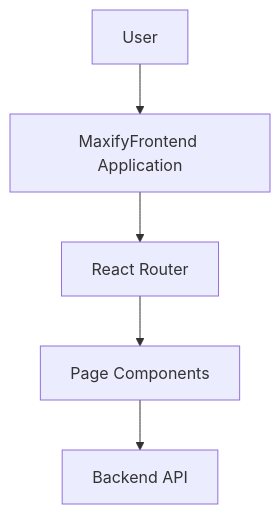
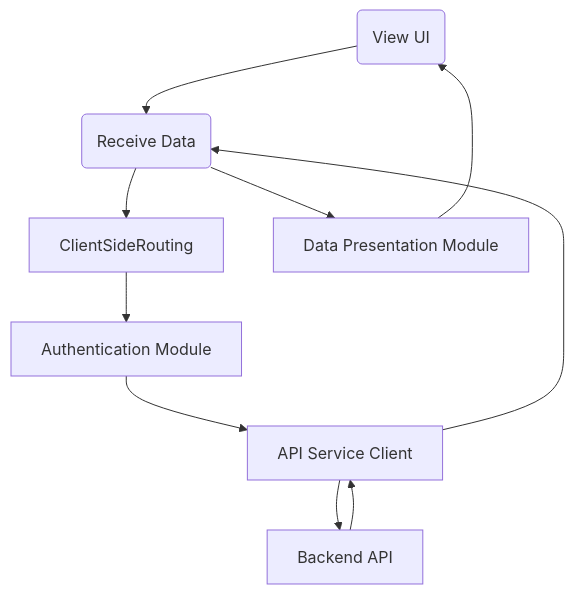
One commit to test-company-prowiz/maxify_frontend changed the diagram in docs/REPOSITORY_OVERVIEW.md. Above: the diagram before and after it, drawn with Mermaid. The commit also changed other lines of this file and 1 other file, not shown here.

````diff
--- a/docs/REPOSITORY_OVERVIEW.md
+++ b/docs/REPOSITORY_OVERVIEW.md
@@ -30,7 +45,12 @@
 ```mermaid
 graph TD
-User --> MaxifyFrontendApplication[MaxifyFrontend Application]
-MaxifyFrontendApplication --> BrowserRouter[React Router]
-BrowserRouter --> PageComponents[Page Components]
-PageComponents --> BackendAPI[Backend API]
+User --> FrontendApplication
+FrontendApplication --> ClientSideRouting
+ClientSideRouting --> AuthenticationModule[Authentication Module]
+AuthenticationModule --> ApiServiceClient[API Service Client]
+ApiServiceClient --> BackendAPI[Backend API]
+BackendAPI --> ApiServiceClient
+ApiServiceClient --> FrontendApplication(Receive Data)
+FrontendApplication --> DataPresentation[Data Presentation Module]
+DataPresentation --> User(View UI)
 ```
````
